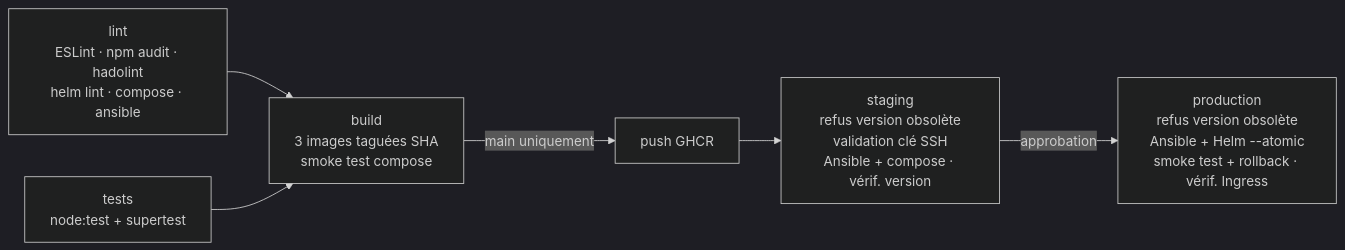
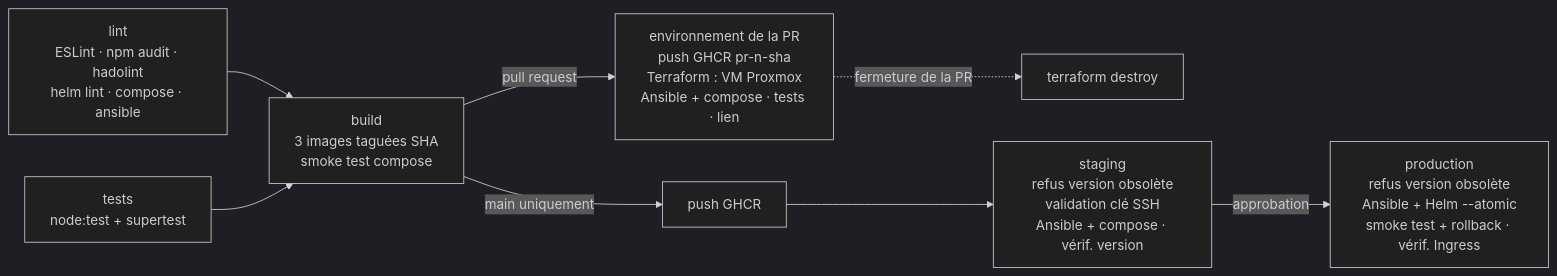
Before and after one commit to ESGI-M1-DEVOPS/taskflow: the diagram in README.md, drawn with Mermaid (dark theme). The commit also changed other lines of this file and 12 other files, not shown here.

First line of the commit message:
CI : environnement de test Terraform pour chaque pull request

````diff
--- a/README.md
+++ b/README.md
@@ -130,8 +134,10 @@
 ```mermaid
 flowchart LR
   A[lint<br/>ESLint · npm audit · hadolint<br/>helm lint · compose · ansible] --> C
   B[tests<br/>node:test + supertest] --> C
   C[build<br/>3 images taguées SHA<br/>smoke test compose] -->|main uniquement| D[push GHCR]
+  C -->|pull request| P[environnement de la PR<br/>push GHCR pr-n-sha<br/>Terraform : VM Proxmox<br/>Ansible + compose · tests · lien]
+  P -.->|fermeture de la PR| X[terraform destroy]
   D --> E[staging<br/>refus version obsolète<br/>validation clé SSH<br/>Ansible + compose · vérif. version]
   E -->|approbation| F[production<br/>refus version obsolète<br/>Ansible + Helm --atomic<br/>smoke test + rollback · vérif. Ingress]
 ```
````
